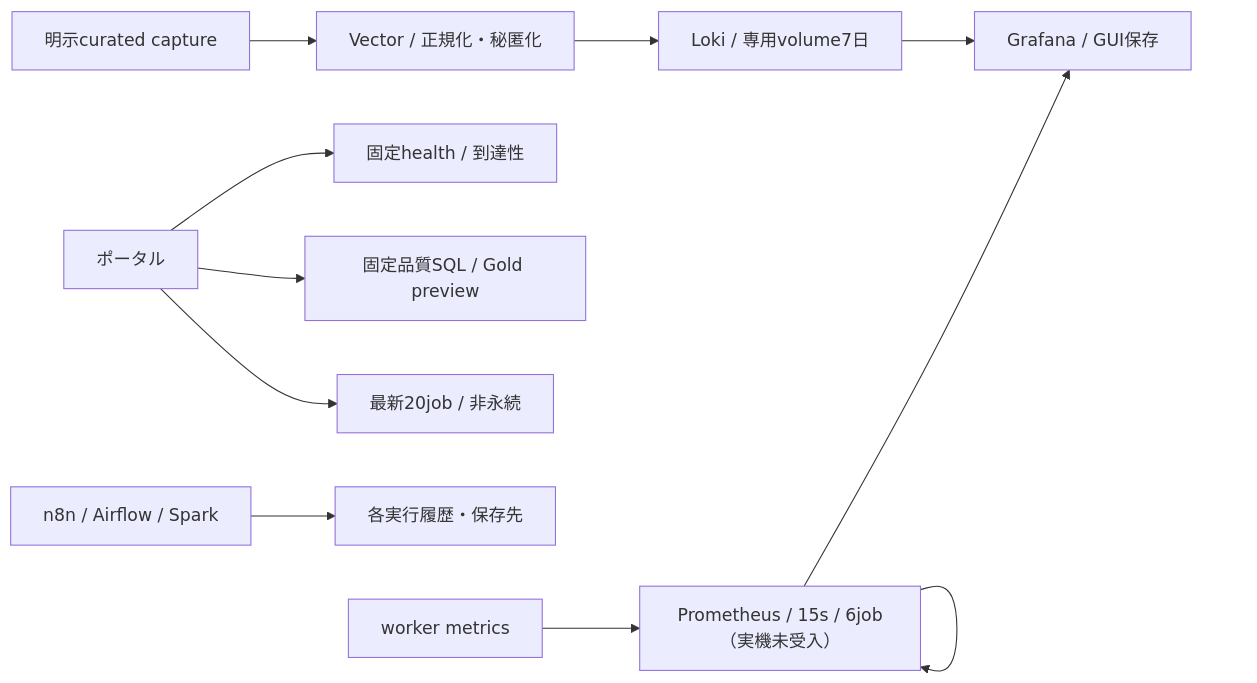
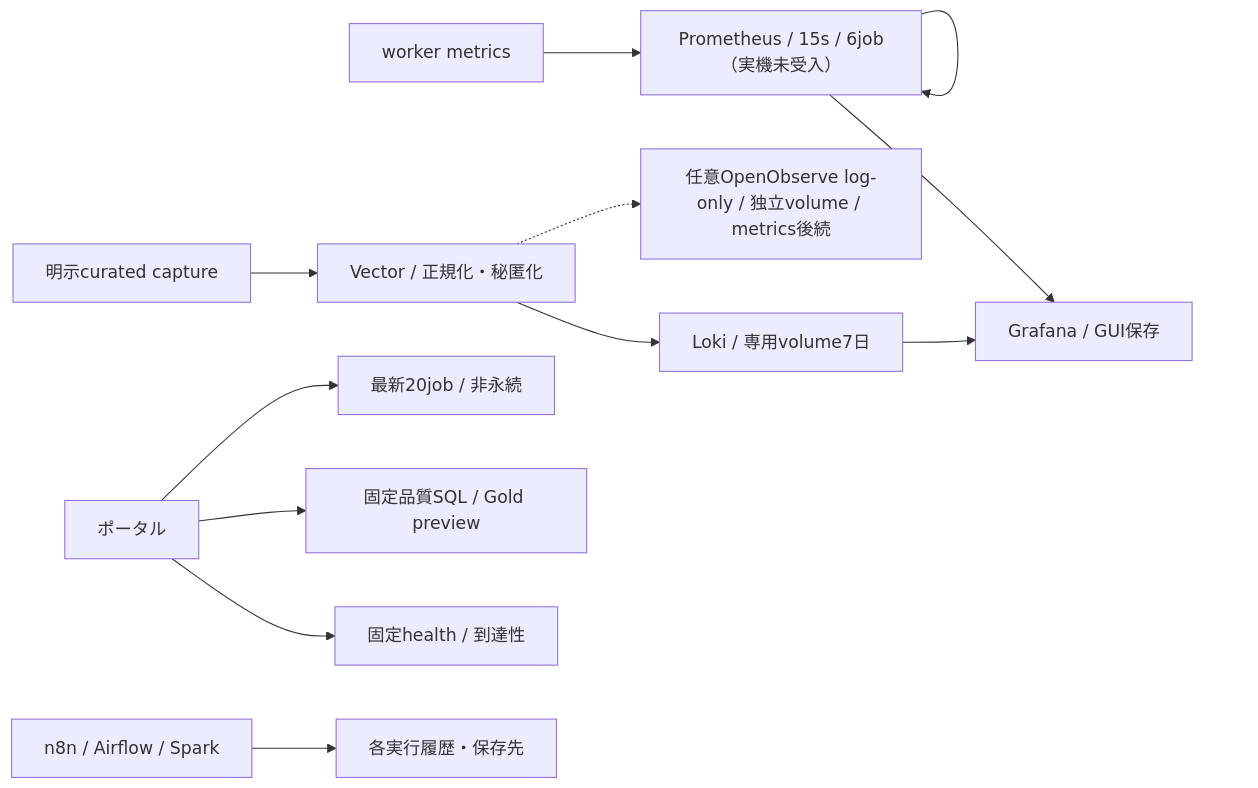
Before and after one commit to hiromura16/lakehouse-foundation: the diagram in docs/reports/mermaid/10-observability.mmd, drawn with Mermaid. The commit also changed 72 other files, not shown here.

```diff
--- a/docs/reports/mermaid/10-observability.mmd
+++ b/docs/reports/mermaid/10-observability.mmd
@@ -1,11 +1,12 @@
 flowchart LR
   W["worker metrics"] --> P["Prometheus / 15s / 6job（実機未受入）"]
   P --> G["Grafana / GUI保存"]
   P --> P
   Portal["ポータル"] --> Health["固定health / 到達性"]
   Portal --> Quality["固定品質SQL / Gold preview"]
   Portal --> Jobs["最新20job / 非永続"]
   Native["n8n / Airflow / Spark"] --> Logs["各実行履歴・保存先"]
   Capture["明示curated capture"] --> Vector["Vector / 正規化・秘匿化"]
   Vector --> Loki["Loki / 専用volume7日"]
   Loki --> G
+  Vector -.-> OO["任意OpenObserve log-only / 独立volume / metrics後続"]
```
